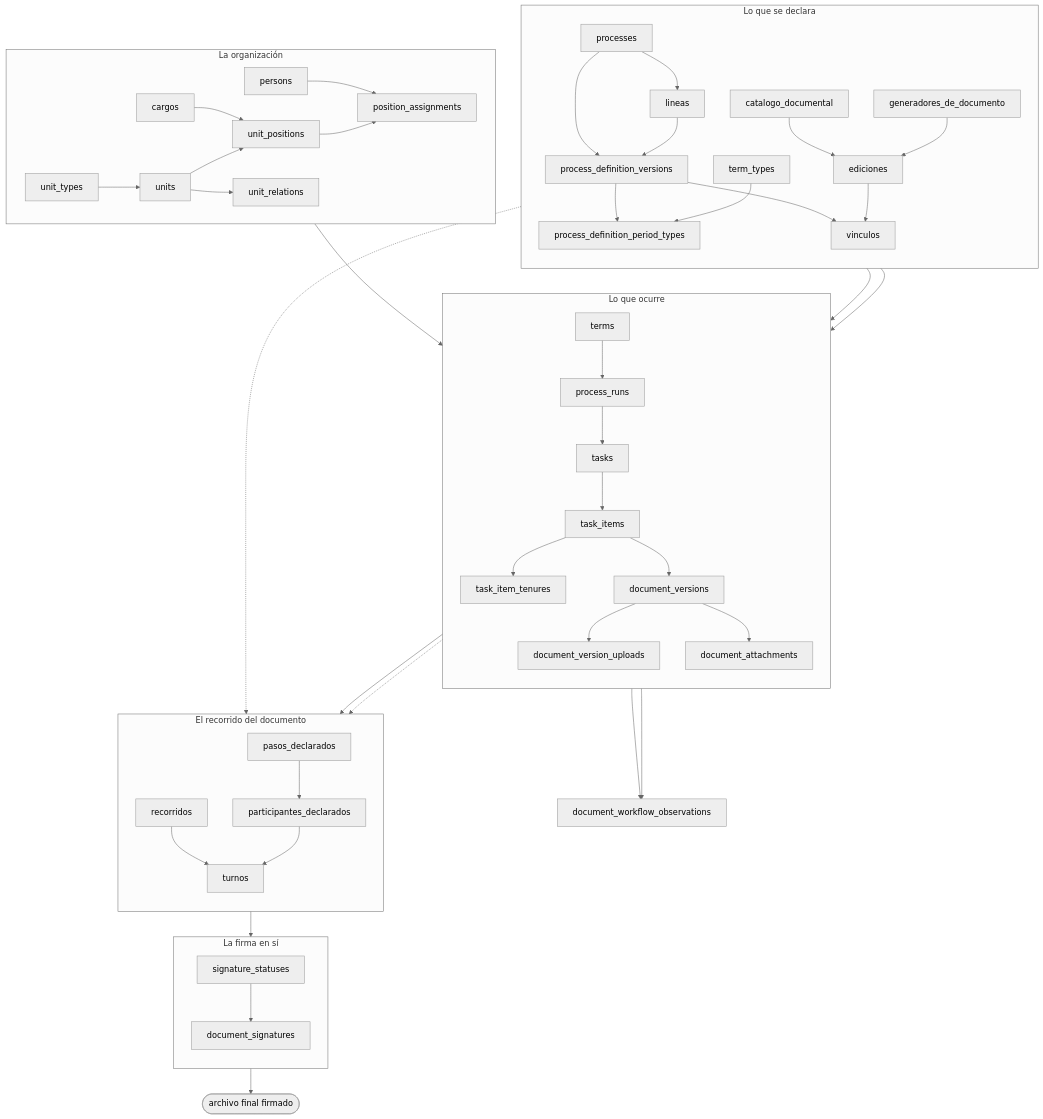
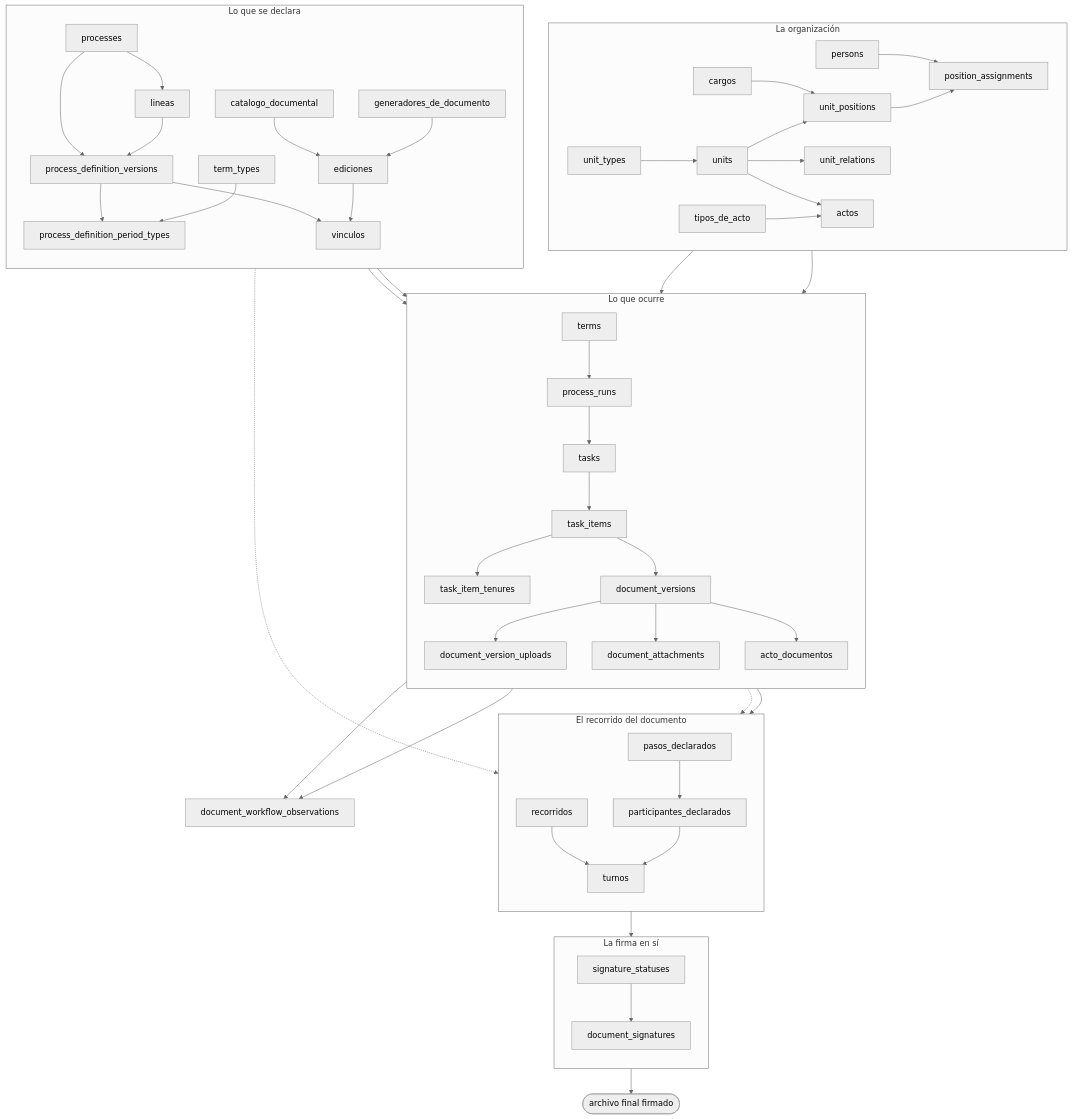
One commit to fresvel/deasy changed the diagram in docs/src/content/docs/modelo/mapa-completo.md. Above: the diagram before and after it, drawn with Mermaid (neutral theme). The commit also changed other lines of this file and 21 other files, not shown here.

````diff
--- a/docs/src/content/docs/modelo/mapa-completo.md
+++ b/docs/src/content/docs/modelo/mapa-completo.md
@@ -22,59 +22,64 @@
 ```mermaid
 flowchart TB
   subgraph ORG["La organización"]
     direction LR
     UT["unit_types"] --> U["units"]
     U --> UP["unit_positions"]
     C["cargos"] --> UP
     UP --> PA["position_assignments"]
     P["persons"] --> PA
     U --> UR["unit_relations"]
+    TDA["tipos_de_acto"] --> ACT["actos"]
+    U --> ACT
   end
 
   subgraph DECL["Lo que se declara"]
     direction TB
     PR["processes"] --> PDV["process_definition_versions"]
     PR --> LIN["lineas"]
     LIN --> PDV
     PDV --> PDPT["process_definition_period_types"]
     TT["term_types"] --> PDPT
     DEL["catalogo_documental"] --> TA["ediciones"]
     GEN["generadores_de_documento"] --> TA
     PDV --> PDT["vinculos"]
     TA --> PDT
   end
 
   subgraph EJEC["Lo que ocurre"]
     direction TB
     PDV --> RUN["process_runs"]
     TERM["terms"] --> RUN
     RUN --> T["tasks"]
     T --> TI["task_items"]
     PDT --> TI
     UP --> TI
     TI --> TEN["task_item_tenures"]
     TI --> DV["document_versions"]
     DV --> DVU["document_version_uploads"]
     DV --> DA["document_attachments"]
+    DV --> AD["acto_documentos"]
   end
+
+  ACT --> AD
 
   subgraph REC["El recorrido del documento"]
     direction TB
     PASO["pasos_declarados"] --> PART["participantes_declarados"]
     RECO["recorridos"] --> TUR["turnos"]
     PART --> TUR
   end
 
   subgraph FIR["La firma en sí"]
     direction TB
     TUR --> DS["document_signatures"]
     SS["signature_statuses"] --> DS
   end
 
   TA -.-> PASO
   TI -.-> PASO
   DV --> RECO
   DS --> FIN(["archivo final firmado"])
   TI --> OBS["document_workflow_observations"]
   DV --> OBS
 ```
````
